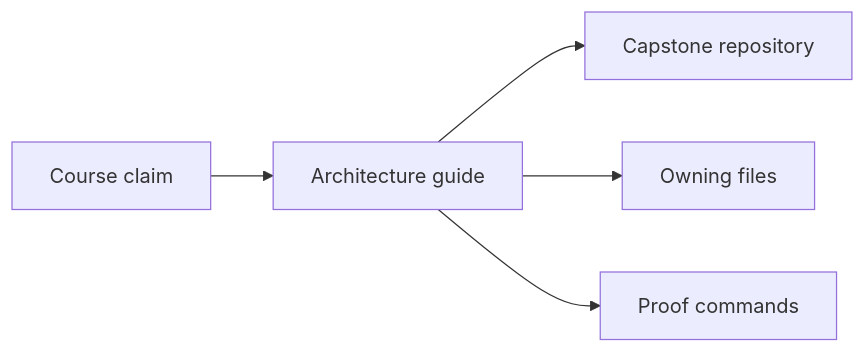
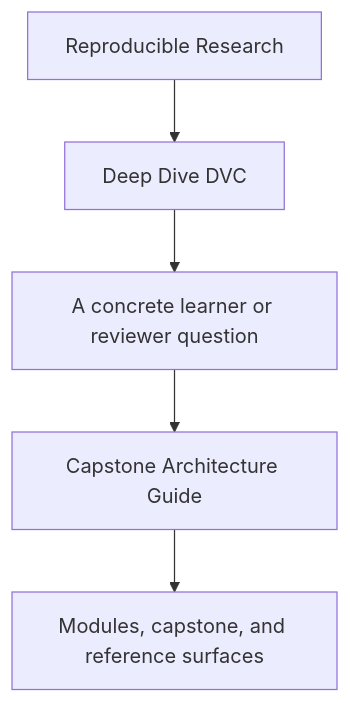
The first of 2 diagrams in programs/reproducible-research/deep-dive-dvc/course-book/guides/capstone-architecture-guide.md (bijux/bijux-masterclass), drawn with Mermaid before and after one commit. The commit also changed other lines of this file and 31 other files, not shown here.

Commit message:
docs(deep-dive-dvc): sharpen guide and reference diagrams

````diff
--- a/programs/reproducible-research/deep-dive-dvc/course-book/guides/capstone-architecture-guide.md
+++ b/programs/reproducible-research/deep-dive-dvc/course-book/guides/capstone-architecture-guide.md
@@ -6,12 +6,7 @@
 ```mermaid
-graph LR
-  course["Course claim"]
-  capstone["Capstone repository"]
-  architecture["Architecture guide"]
-  files["Owning files"]
-  proof["Proof commands"]
-
-  course --> architecture --> capstone
-  architecture --> files
-  architecture --> proof
+flowchart TD
+  family["Reproducible Research"] --> program["Deep Dive DVC"]
+  program --> pressure["A concrete learner or reviewer question"]
+  pressure --> guide["Capstone Architecture Guide"]
+  guide --> next["Modules, capstone, and reference surfaces"]
 ```
````
